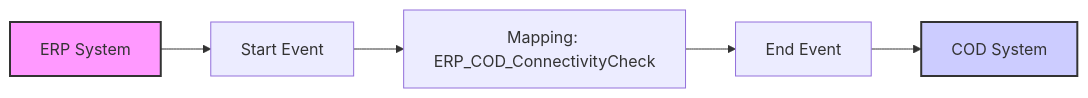
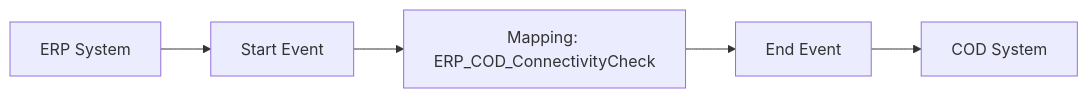
The diagram in MMZ - Cell Iflows/Check_Connectivity_from_SAP_Business_Suite_MMZ-1.0.3/readme.md (Avvale-IA-CICD/AvvaleCPI), drawn with Mermaid before and after one commit. The commit also changed other lines of this file, not shown here.

Commit message:
Add/update documentation for Check_Connectivity_from_SAP_Business_Suite_MMZ v1.0.3

````diff
--- a/MMZ - Cell Iflows/Check_Connectivity_from_SAP_Business_Suite_MMZ-1.0.3/readme.md
+++ b/MMZ - Cell Iflows/Check_Connectivity_from_SAP_Business_Suite_MMZ-1.0.3/readme.md
@@ -4,9 +4,7 @@
 ```mermaid
 graph LR
-    ERP[ERP System] --> StartEvent[Start Event]
-    StartEvent --> Mapping[Mapping: ERP_COD_ConnectivityCheck]
-    Mapping --> EndEvent[End Event]
-    EndEvent --> COD[COD System]
-    style ERP fill:#f9f,stroke:#333,stroke-width:2px
-    style COD fill:#ccf,stroke:#333,stroke-width:2px
+    ERP[ERP System] --> Start
+    Start[Start Event] --> Mapping
+    Mapping[Mapping: ERP_COD_ConnectivityCheck] --> End
+    End[End Event] --> COD[COD System]
 ```
````
